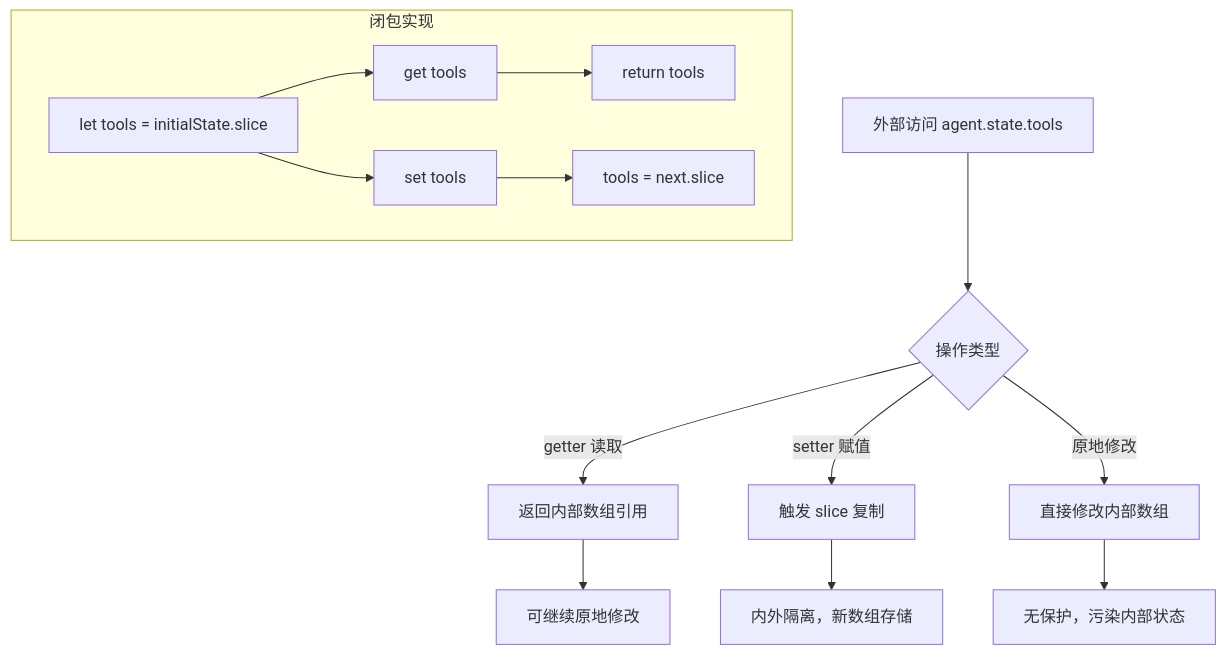
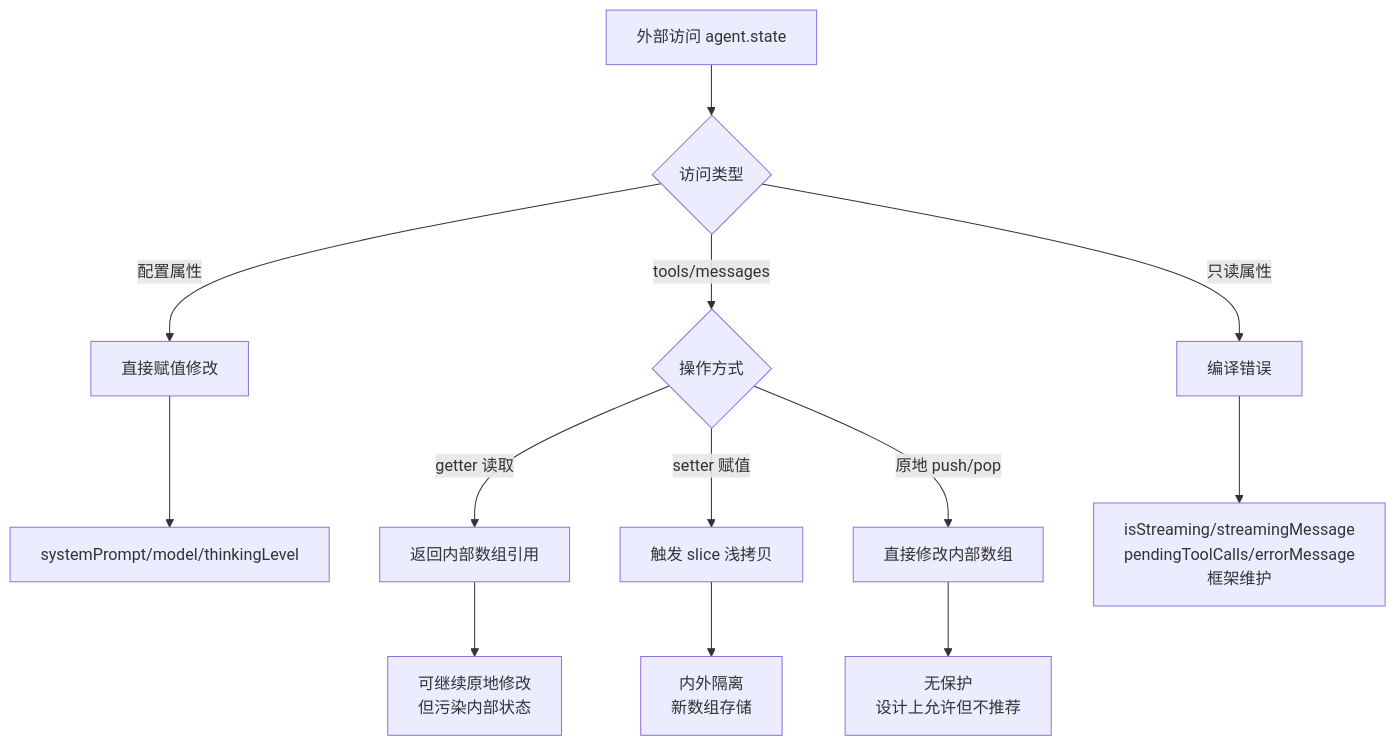
One commit to AltumSisy/State-driven-progressive-learning-system changed the first of 6 diagrams in .learning/agent-core-study/context/L02/flowchart.mermaid.md. Above: the diagram before and after it, drawn with Mermaid. The commit also changed other lines of this file and 10 other files, not shown here.

````diff
--- a/.learning/agent-core-study/context/L02/flowchart.mermaid.md
+++ b/.learning/agent-core-study/context/L02/flowchart.mermaid.md
@@ -5,19 +5,20 @@
 ```mermaid
 flowchart TD
-    A[外部访问 agent.state.tools] --> B{操作类型}
+    A[外部访问 agent.state] --> B{访问类型}
     
-    B -->|getter 读取| C[返回内部数组引用]
-    B -->|setter 赋值| D[触发 slice 复制]
-    B -->|原地修改| E[直接修改内部数组]
+    B -->|配置属性| C[直接赋值修改]
+    B -->|tools/messages| D{操作方式}
+    B -->|只读属性| E[编译错误]
     
-    C --> F[可继续原地修改]
-    D --> G[内外隔离，新数组存储]
-    E --> H[无保护，污染内部状态]
+    C --> F[systemPrompt/model/thinkingLevel]
     
-    subgraph 闭包实现
-        I[let tools = initialState.slice] --> J[get tools]
-        J --> K[return tools]
-        I --> L[set tools]
-        L --> M[tools = next.slice]
-    end
+    D -->|getter 读取| G[返回内部数组引用]
+    D -->|setter 赋值| H[触发 slice 浅拷贝]
+    D -->|原地 push/pop| I[直接修改内部数组]
+    
+    G --> J[可继续原地修改<br/>但污染内部状态]
+    H --> K[内外隔离<br/>新数组存储]
+    I --> L[无保护<br/>设计上允许但不推荐]
+    
+    E --> M[isStreaming/streamingMessage<br/>pendingToolCalls/errorMessage<br/>框架维护]
 ```
````
